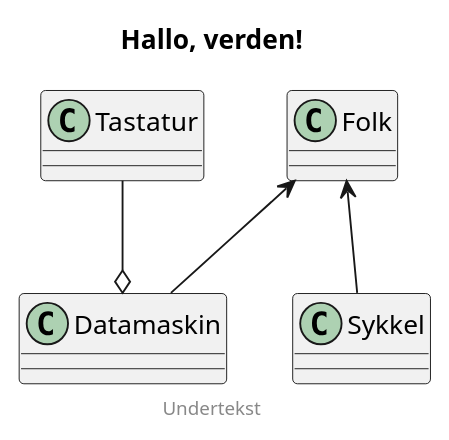
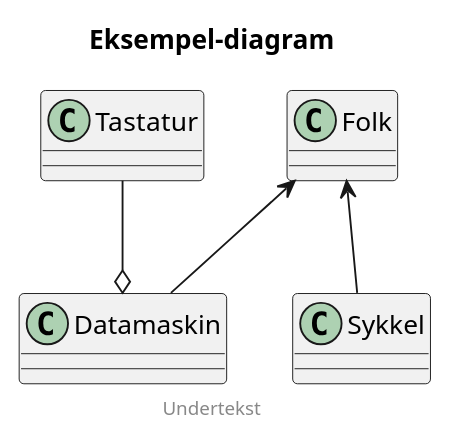
Before and after one commit to HL7Norway/ig-mal: the diagram in mal/input/images/test.puml, drawn with PlantUML.

```diff
--- a/mal/input/images/test.puml
+++ b/mal/input/images/test.puml
@@ -1,15 +1,15 @@
 @startuml
 
-title Hallo, verden!
+title Eksempel-diagram
 footer Undertekst
 
 class Folk
 class Datamaskin
 class Sykkel
 class Tastatur
 
 Folk <-- Datamaskin
 Folk <-- Sykkel
 Tastatur --o Datamaskin
 
 @enduml
```
